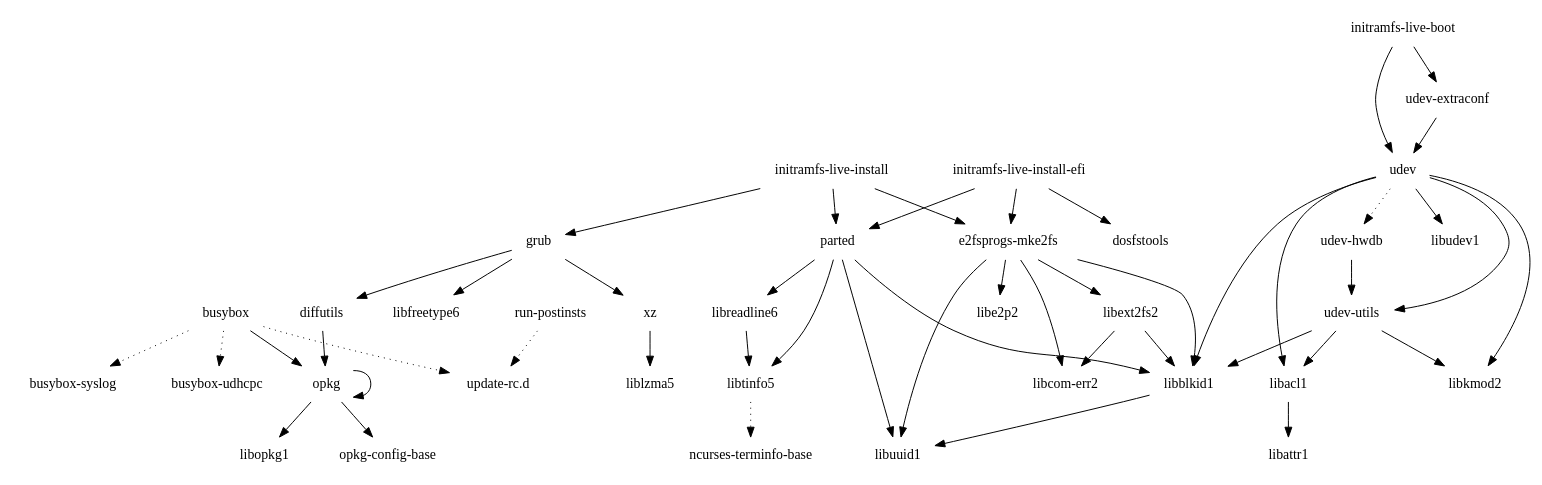
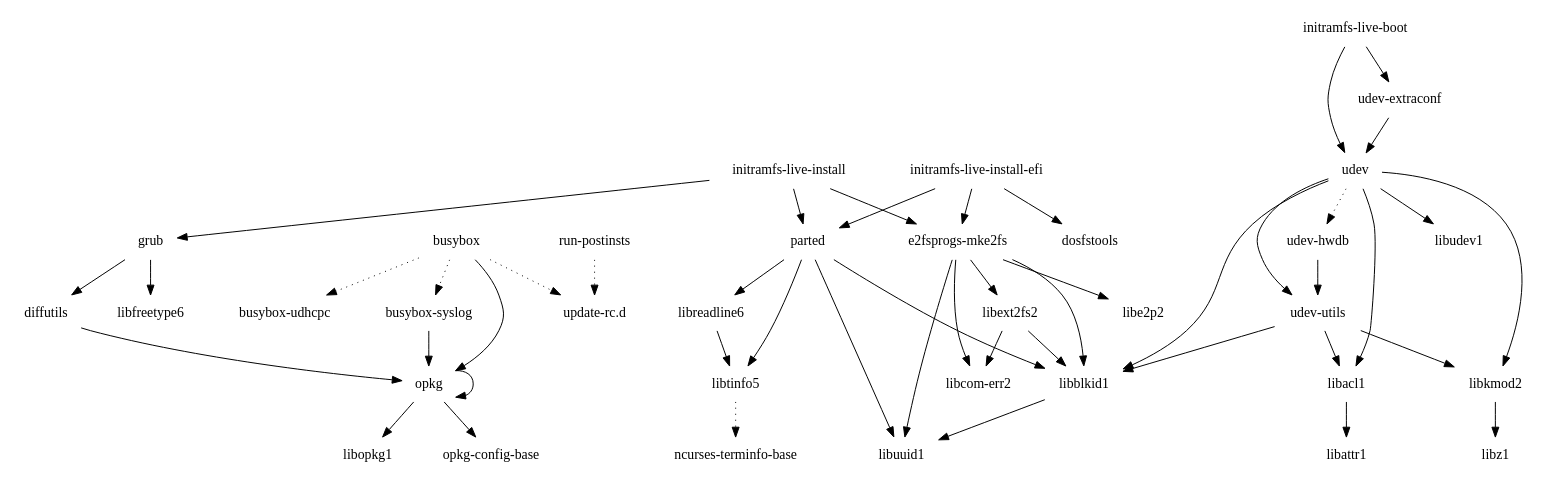
Before and after one commit to Angstrom-distribution/buildhistory: the diagram in images/fri2/eglibc/core-image-minimal-initramfs/depends-nokernel-nolibc.dot, drawn with Graphviz. The commit also changed 20 other files, not shown here.

```diff
--- a/images/fri2/eglibc/core-image-minimal-initramfs/depends-nokernel-nolibc.dot
+++ b/images/fri2/eglibc/core-image-minimal-initramfs/depends-nokernel-nolibc.dot
@@ -1,50 +1,50 @@
 digraph depends {
     node [shape=plaintext]
 "busybox" -> "busybox-syslog" [style=dotted];
 "busybox" -> "busybox-udhcpc" [style=dotted];
 "busybox" -> "opkg";
 "busybox" -> "update-rc.d" [style=dotted];
+"busybox-syslog" -> "opkg";
 "diffutils" -> "opkg";
 "e2fsprogs-mke2fs" -> "libblkid1";
 "e2fsprogs-mke2fs" -> "libcom-err2";
 "e2fsprogs-mke2fs" -> "libe2p2";
 "e2fsprogs-mke2fs" -> "libext2fs2";
 "e2fsprogs-mke2fs" -> "libuuid1";
 "grub" -> "diffutils";
 "grub" -> "libfreetype6";
-"grub" -> "xz";
 "initramfs-live-boot" -> "udev";
 "initramfs-live-boot" -> "udev-extraconf";
 "initramfs-live-install" -> "e2fsprogs-mke2fs";
 "initramfs-live-install" -> "grub";
 "initramfs-live-install" -> "parted";
 "initramfs-live-install-efi" -> "dosfstools";
 "initramfs-live-install-efi" -> "e2fsprogs-mke2fs";
 "initramfs-live-install-efi" -> "parted";
 "libacl1" -> "libattr1";
 "libblkid1" -> "libuuid1";
 "libext2fs2" -> "libblkid1";
 "libext2fs2" -> "libcom-err2";
+"libkmod2" -> "libz1";
 "libreadline6" -> "libtinfo5";
 "libtinfo5" -> "ncurses-terminfo-base" [style=dotted];
 "opkg" -> "libopkg1";
 "opkg" -> "opkg";
 "opkg" -> "opkg-config-base";
 "parted" -> "libblkid1";
 "parted" -> "libreadline6";
 "parted" -> "libtinfo5";
 "parted" -> "libuuid1";
 "run-postinsts" -> "update-rc.d" [style=dotted];
 "udev" -> "libacl1";
 "udev" -> "libblkid1";
 "udev" -> "libkmod2";
 "udev" -> "libudev1";
 "udev" -> "udev-hwdb" [style=dotted];
 "udev" -> "udev-utils";
 "udev-extraconf" -> "udev";
 "udev-hwdb" -> "udev-utils";
 "udev-utils" -> "libacl1";
 "udev-utils" -> "libblkid1";
 "udev-utils" -> "libkmod2";
-"xz" -> "liblzma5";
 }
```
